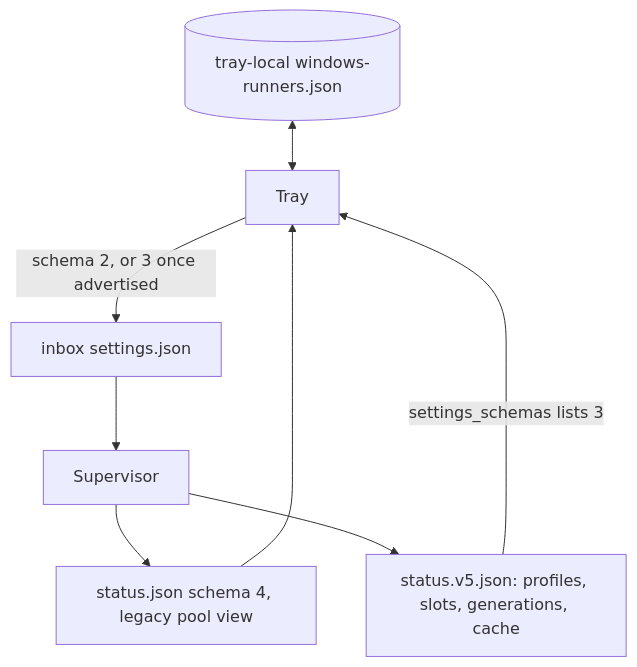
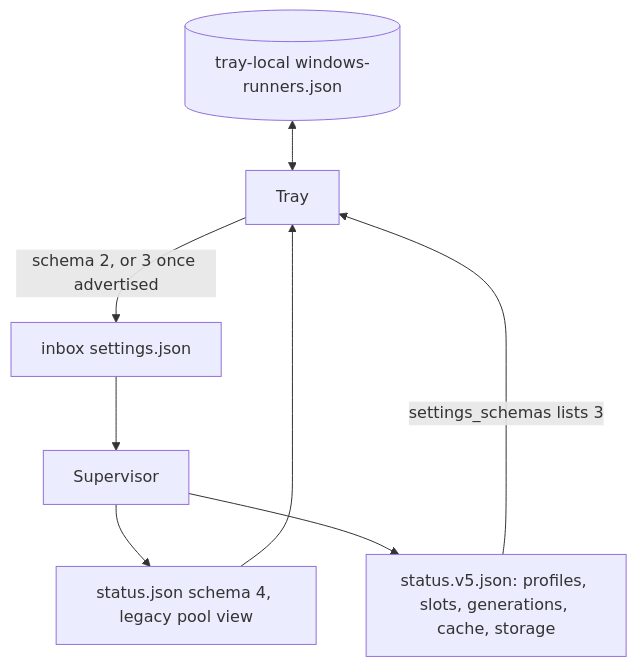
One commit to special-place-ai-heaven/aap-runner changed the eighth of 9 diagrams in docs/parity/ARCHITECTURE.md. Above: the diagram before and after it, drawn with Mermaid. The commit also changed other lines of this file and 110 other files, not shown here.

````diff
--- a/docs/parity/ARCHITECTURE.md
+++ b/docs/parity/ARCHITECTURE.md
@@ -399,10 +432,10 @@
 ```mermaid
 flowchart TB
   T[Tray] -- "schema 2, or 3 once advertised" --> I[inbox settings.json]
   I --> S[Supervisor]
   S --> S4[status.json schema 4, legacy pool view]
-  S --> S5[status.v5.json: profiles, slots, generations, cache]
+  S --> S5[status.v5.json: profiles, slots, generations, cache, storage]
   S5 -- "settings_schemas lists 3" --> T
   S4 --> T
   TL[(tray-local windows-runners.json)] <--> T
 ```
````
